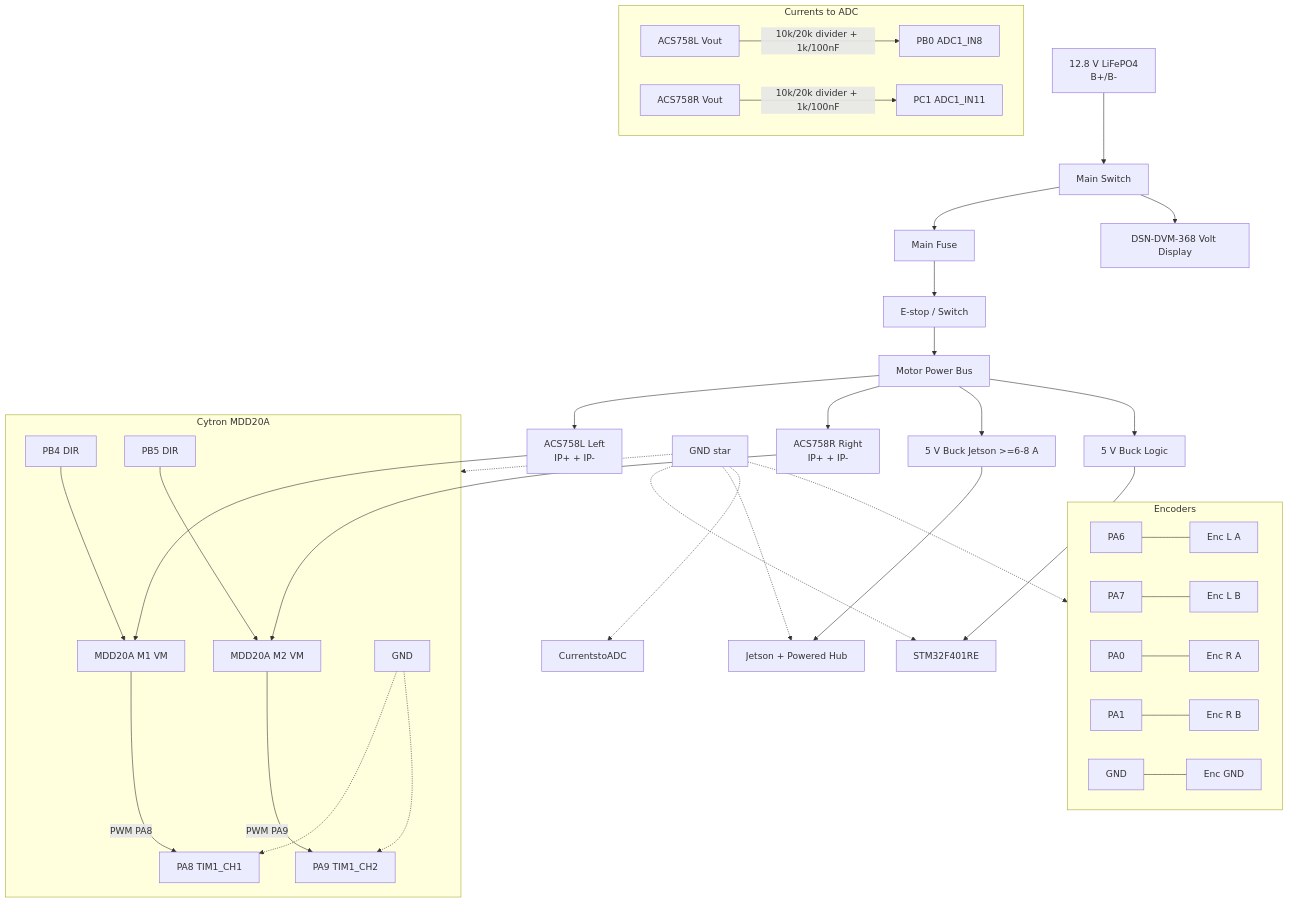
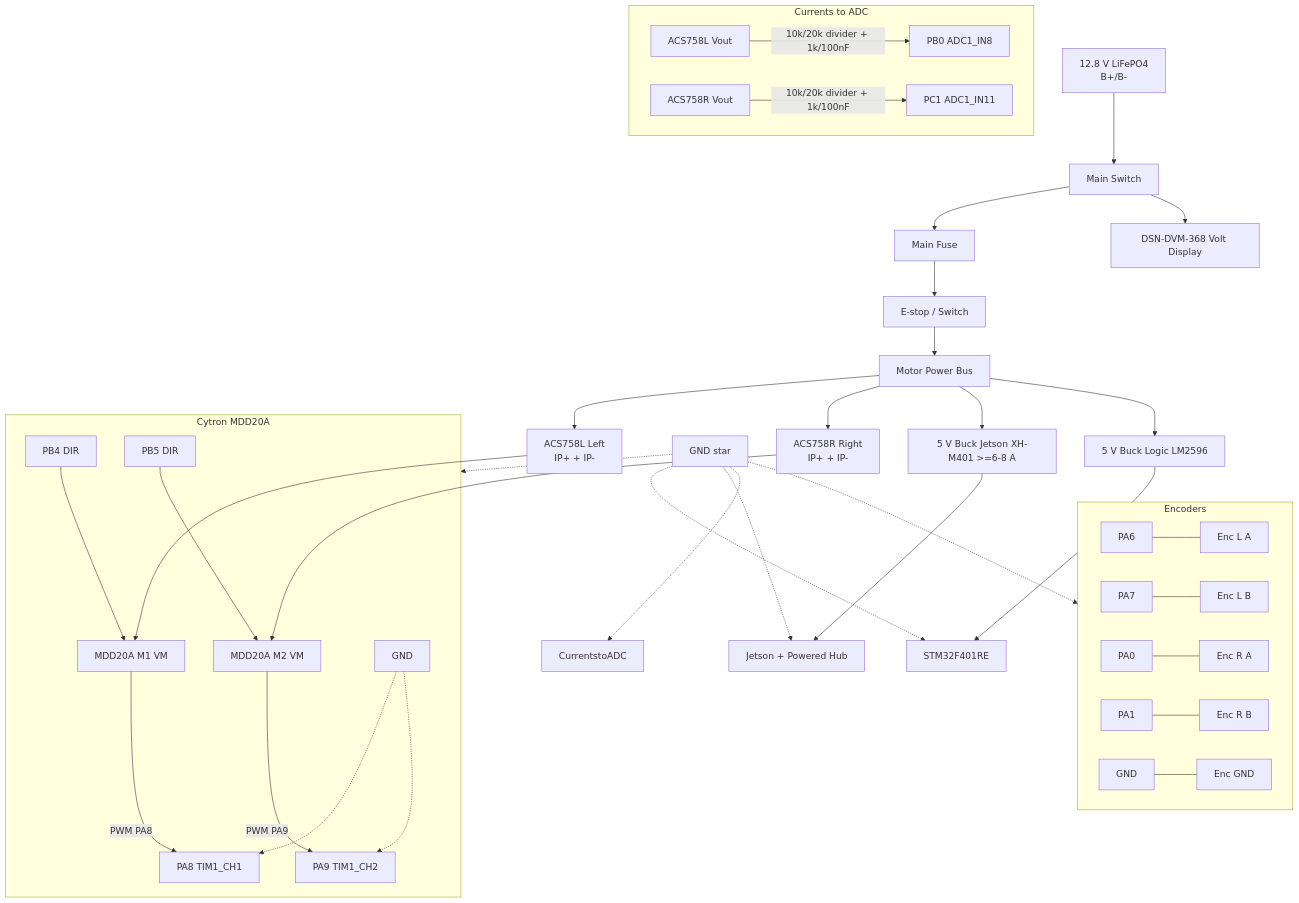
The diagram in docs/wiring_schematic.md (KartikMehta-1/AMR-development), drawn with Mermaid before and after one commit. The commit also changed other lines of this file and 26 other files, not shown here.

````diff
--- a/docs/wiring_schematic.md
+++ b/docs/wiring_schematic.md
@@ -53,44 +53,44 @@
 ```mermaid
 graph TD
   BATT[12.8 V LiFePO4<br/>B+/B-] --> MSW[Main Switch]
   MSW --> FUSE[Main Fuse]
   FUSE --> ESTOP[E-stop / Switch]
   ESTOP --> VM[Motor Power Bus]
   MSW --> DVM[DSN-DVM-368 Volt Display]
   VM --> CS_L[ACS758L Left<br/>IP+ + IP-]
   VM --> CS_R[ACS758R Right<br/>IP+ + IP-]
   CS_L --> MDD_L[MDD20A M1 VM]
   CS_R --> MDD_R[MDD20A M2 VM]
 
   subgraph MDD[Cytron MDD20A]
     MDD_L -- PWM PA8 --> PWM1[PA8 TIM1_CH1]
     MDD_R -- PWM PA9 --> PWM2[PA9 TIM1_CH2]
     DIRL[PB4 DIR] --> MDD_L
     DIRR[PB5 DIR] --> MDD_R
     GNDMDD[GND] -.-> PWM1
     GNDMDD -.-> PWM2
   end
 
   subgraph Encoders
     ENC_LA[PA6] --- ENCL[Enc L A]
     ENC_LB[PA7] --- ENCLB[Enc L B]
     ENC_RA[PA0] --- ENCR[Enc R A]
     ENC_RB[PA1] --- ENCRB[Enc R B]
     ENC_GND[GND] --- ENCG[Enc GND]
   end
 
   subgraph Currents to ADC
     CS_L_V[ACS758L Vout] -->|10k/20k divider + 1k/100nF| ADC_L[PB0 ADC1_IN8]
     CS_R_V[ACS758R Vout] -->|10k/20k divider + 1k/100nF| ADC_R[PC1 ADC1_IN11]
   end
 
-  VM --> BUCK5V[5 V Buck Jetson >=6-8 A]
+  VM --> BUCK5V[5 V Buck Jetson XH-M401 >=6-8 A]
   BUCK5V --> JET[Jetson + Powered Hub]
-  VM --> BUCK5V_LOGIC[5 V Buck Logic]
+  VM --> BUCK5V_LOGIC[5 V Buck Logic LM2596]
   BUCK5V_LOGIC --> MCU[STM32F401RE]
   GNDALL[GND star] -.-> MDD
   GNDALL -.-> MCU
   GNDALL -.-> JET
   GNDALL -.-> Encoders
   GNDALL -.-> CurrentstoADC
 ```
````
